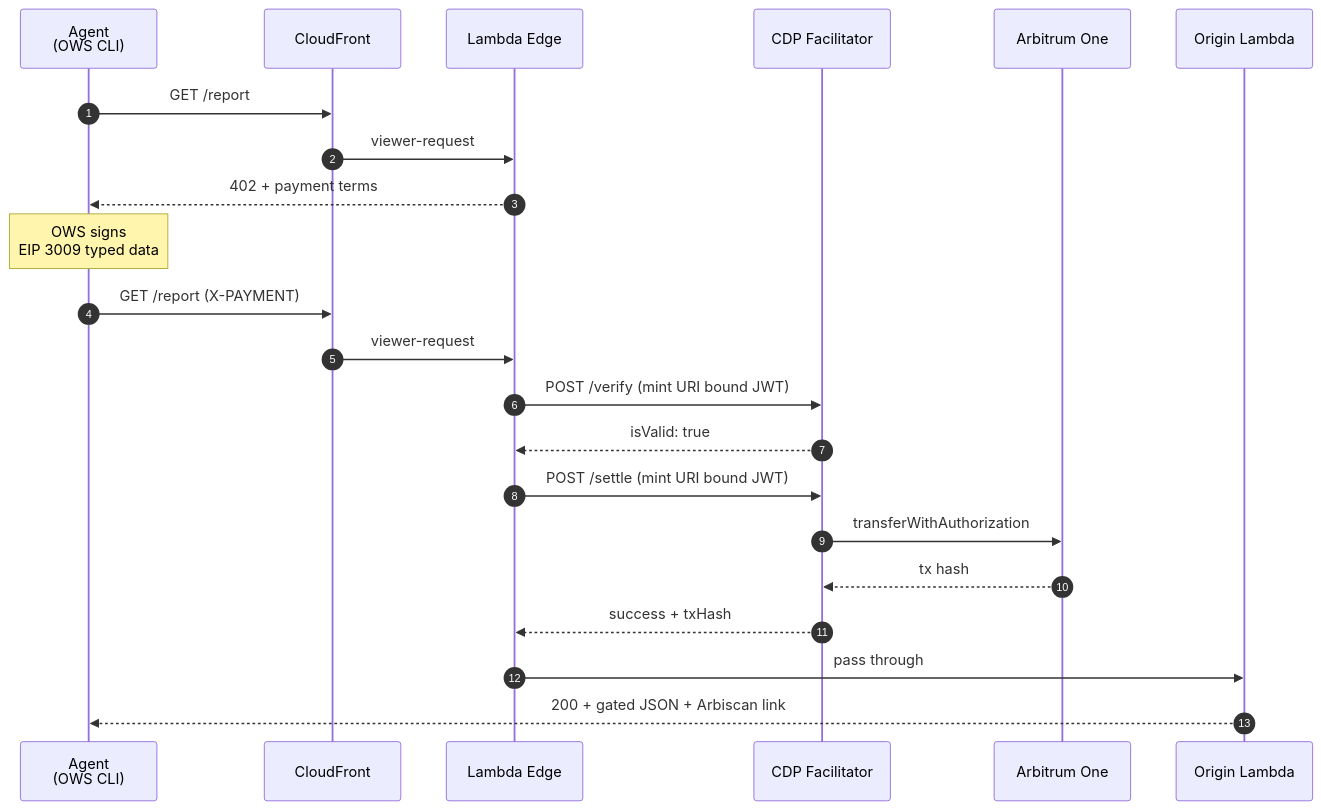
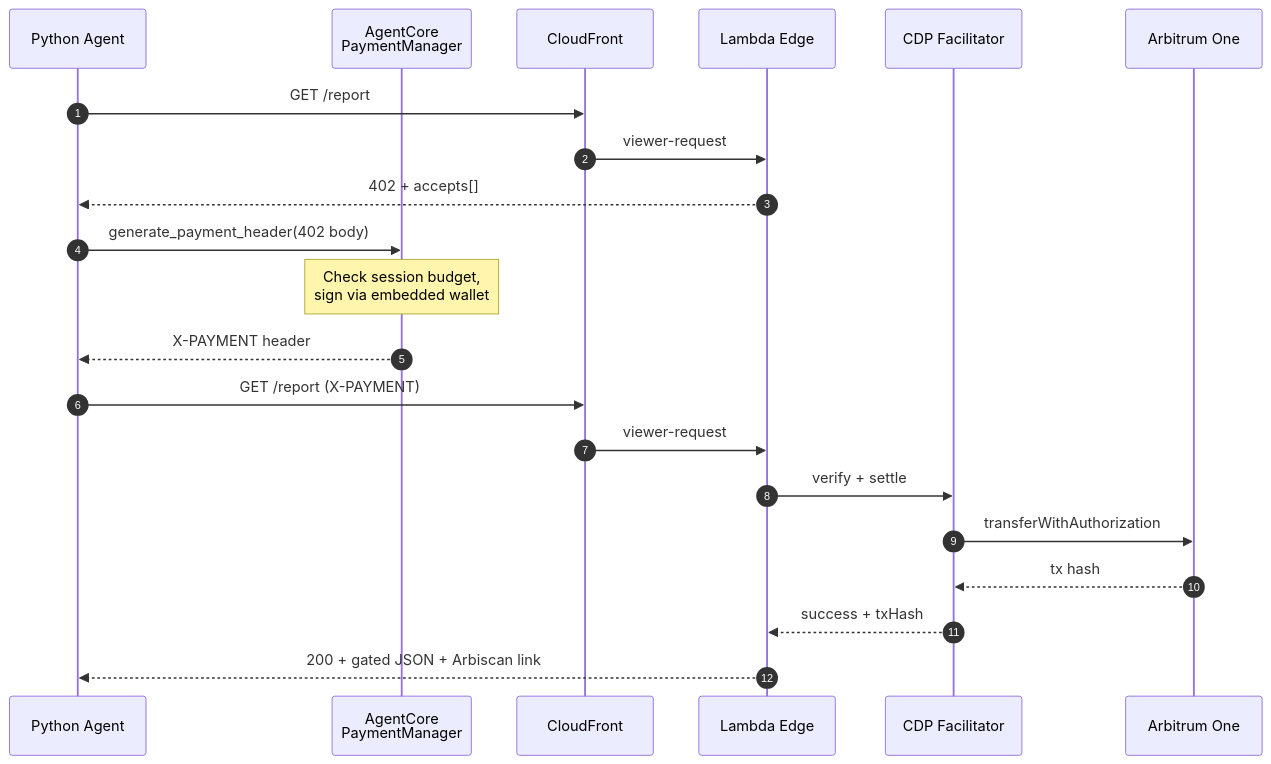
The second of 2 diagrams in README.md (hummusonrails/arbitrum-x402-aws), drawn with Mermaid before and after one commit. The commit also changed other lines of this file, not shown here.

Commit message:
docs: rewrite root README for mixed-language monorepo with AgentCore agent

````diff
--- a/README.md
+++ b/README.md
@@ -70,25 +69,24 @@
 ```mermaid
 sequenceDiagram
     autonumber
-    participant A as Agent<br/>(OWS CLI)
+    participant A as Python Agent
+    participant ACore as AgentCore<br/>PaymentManager
     participant CF as CloudFront
     participant LE as Lambda Edge
     participant CDP as CDP Facilitator
     participant L1 as Arbitrum One
-    participant OL as Origin Lambda
 
     A->>CF: GET /report
     CF->>LE: viewer-request
-    LE-->>A: 402 + payment terms
-    Note over A: OWS signs<br/>EIP 3009 typed data
+    LE-->>A: 402 + accepts[]
+    A->>ACore: generate_payment_header(402 body)
+    Note over ACore: Check session budget,<br/>sign via embedded wallet
+    ACore-->>A: X-PAYMENT header
     A->>CF: GET /report (X-PAYMENT)
     CF->>LE: viewer-request
-    LE->>CDP: POST /verify (mint URI bound JWT)
-    CDP-->>LE: isValid: true
-    LE->>CDP: POST /settle (mint URI bound JWT)
+    LE->>CDP: verify + settle
     CDP->>L1: transferWithAuthorization
     L1-->>CDP: tx hash
     CDP-->>LE: success + txHash
-    LE->>OL: pass through
-    OL-->>A: 200 + gated JSON + Arbiscan link
+    LE-->>A: 200 + gated JSON + Arbiscan link
 ```
````
